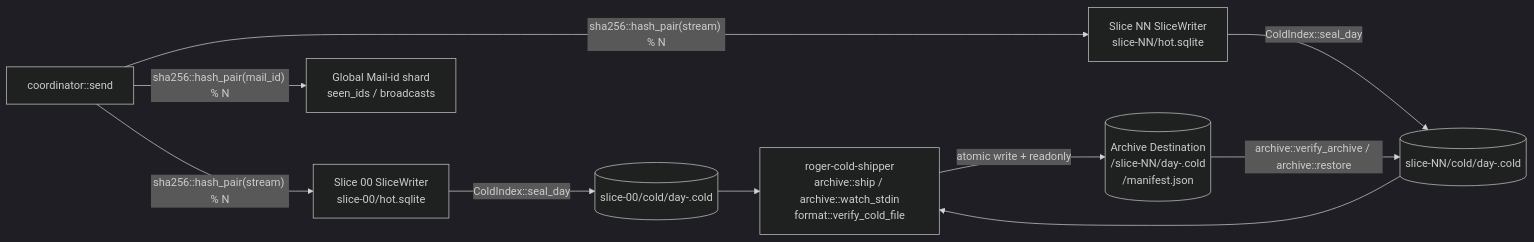
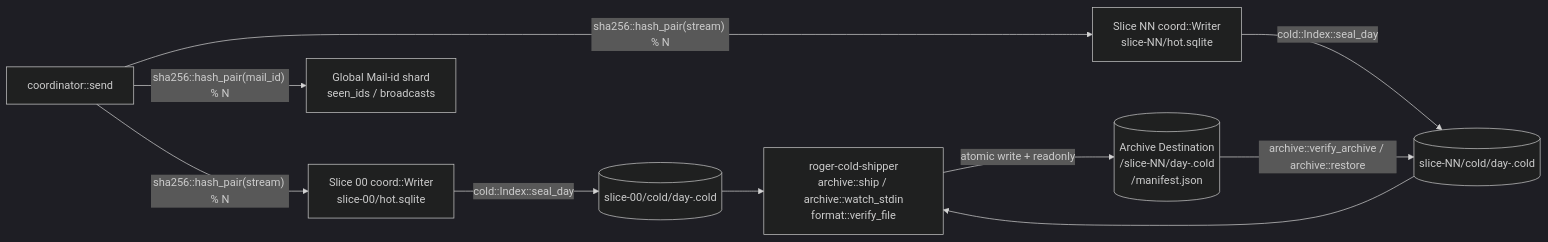
Before and after one commit to JangMan-J/roger-wilco: the fifth of 5 diagrams in docs/STORAGE.md, drawn with Mermaid (dark theme). The commit also changed other lines of this file and 14 other files, not shown here.

Commit message:
Normalize storage/cold-shipper identifiers, use same_secret on hello, sync docs

````diff
--- a/docs/STORAGE.md
+++ b/docs/STORAGE.md
@@ -144,14 +144,14 @@
 ```mermaid
 flowchart LR
-    SEND["coordinator::send"] -- "sha256::hash_pair(stream) % N" --> SW0["Slice 00 SliceWriter\nslice-00/hot.sqlite"]
-    SEND -- "sha256::hash_pair(stream) % N" --> SWK["Slice NN SliceWriter\nslice-NN/hot.sqlite"]
+    SEND["coordinator::send"] -- "sha256::hash_pair(stream) % N" --> SW0["Slice 00 coord::Writer\nslice-00/hot.sqlite"]
+    SEND -- "sha256::hash_pair(stream) % N" --> SWK["Slice NN coord::Writer\nslice-NN/hot.sqlite"]
     SEND -- "sha256::hash_pair(mail_id) % N" --> IDS["Global Mail-id shard\nseen_ids / broadcasts"]
 
-    SW0 -- "ColdIndex::seal_day" --> C0[("slice-00/cold/day-<d>.cold")]
-    SWK -- "ColdIndex::seal_day" --> CK[("slice-NN/cold/day-<d>.cold")]
+    SW0 -- "cold::Index::seal_day" --> C0[("slice-00/cold/day-<d>.cold")]
+    SWK -- "cold::Index::seal_day" --> CK[("slice-NN/cold/day-<d>.cold")]
 
-    C0 --> SHIP["roger-cold-shipper\narchive::ship / archive::watch_stdin\nformat::verify_cold_file"]
+    C0 --> SHIP["roger-cold-shipper\narchive::ship / archive::watch_stdin\nformat::verify_file"]
     CK --> SHIP
     SHIP -- "atomic write + readonly" --> ARCH[("Archive Destination\n<dest>/slice-NN/day-<d>.cold\n<dest>/manifest.json")]
     ARCH -- "archive::verify_archive / archive::restore" --> CK
 ```
````
